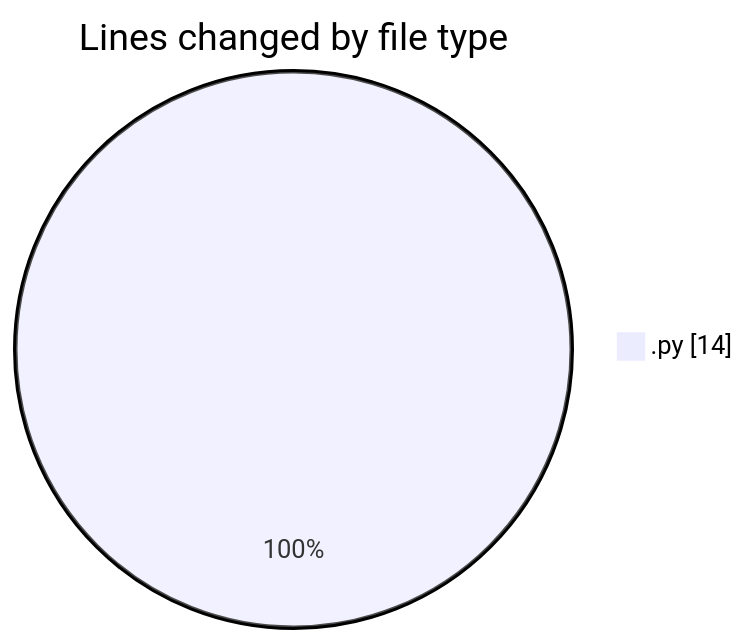
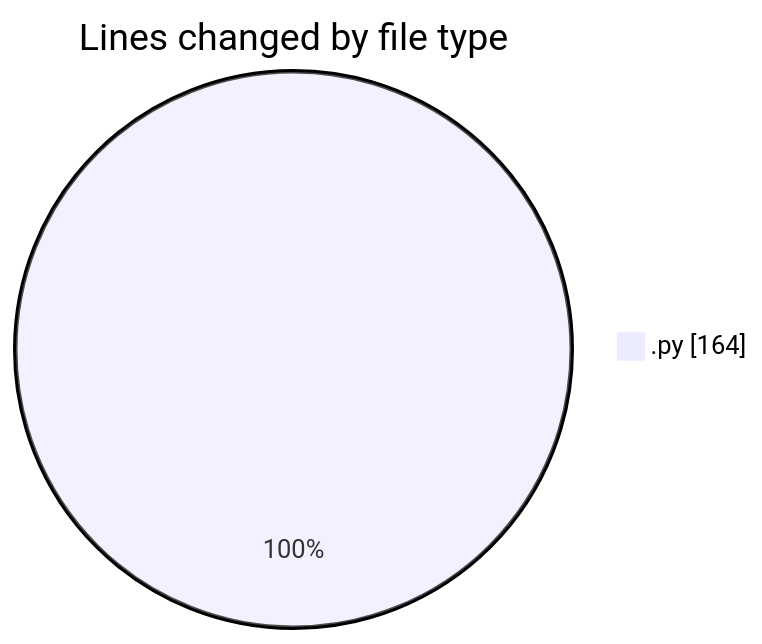
The first of 2 diagrams in 2025-03-21/myws__workspace_/README.md (MatusMokan/code-tracking), drawn with Mermaid before and after one commit. The commit also changed other lines of this file and 1 other file, not shown here.

````diff
--- a/2025-03-21/myws__workspace_/README.md
+++ b/2025-03-21/myws__workspace_/README.md
@@ -20,5 +20,5 @@
 ```mermaid
 pie showData
 title Lines changed by file type
-".py" : 14
+".py" : 164
 ```
````
